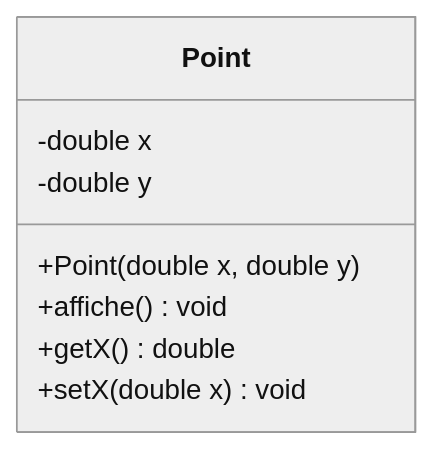
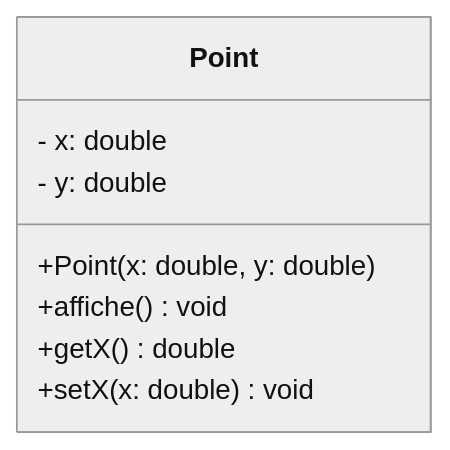
One commit to fabrice1618/intro-C changed the third of 18 diagrams in cours_poo.md. Above: the diagram before and after it, drawn with Mermaid (neutral theme). The commit also changed other lines of this file and 1 other file, not shown here.

Commit message:
correction UML

````diff
--- a/cours_poo.md
+++ b/cours_poo.md
@@ -551,11 +551,11 @@
 ```mermaid
 classDiagram
 class Point{
-    -double x
-    -double y
-    +Point(double x, double y)
+    - x: double
+    - y: double
+    +Point(x: double, y: double)
     +affiche() void
     +getX() double
-    +setX(double x) void
+    +setX(x: double) void
 }
 ```
````
